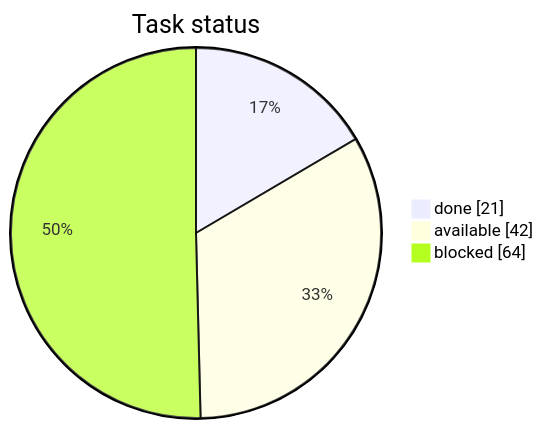
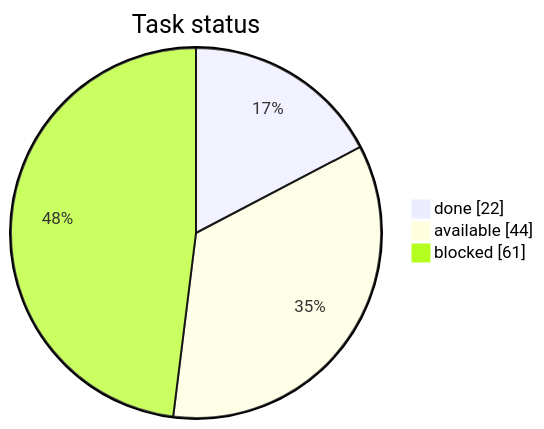
Before and after one commit to artemiiShabanov/RallyRivals: the first of 3 diagrams in STATUS.md, drawn with Mermaid. The commit also changed other lines of this file and 8 other files, not shown here.

````diff
--- a/STATUS.md
+++ b/STATUS.md
@@ -7,7 +7,7 @@
 ```mermaid
 pie showData
     title Task status
-    "done" : 21
-    "available" : 42
-    "blocked" : 64
+    "done" : 22
+    "available" : 44
+    "blocked" : 61
 ```
````
